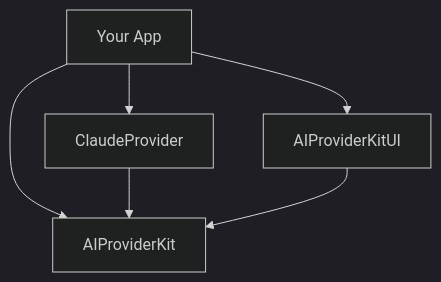
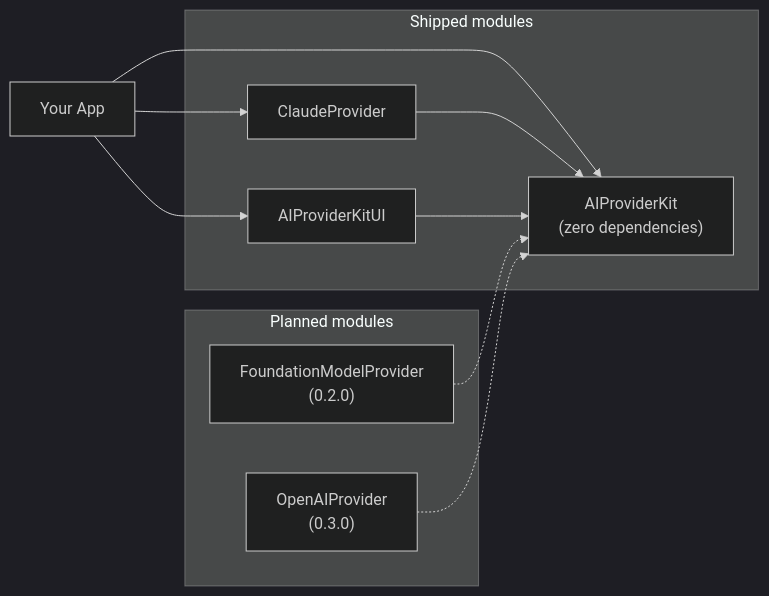
One commit to molayab/swift-ai-provider-kit changed the first of 7 diagrams in Documentation/Architecture.md. Above: the diagram before and after it, drawn with Mermaid (dark theme). The commit also changed other lines of this file and 7 other files, not shown here.

````diff
--- a/Documentation/Architecture.md
+++ b/Documentation/Architecture.md
@@ -19,13 +34,24 @@
 ```mermaid
-graph TD
+graph LR
     App["Your App"]
-    UI["AIProviderKitUI"]
-    Core["AIProviderKit"]
-    Claude["ClaudeProvider"]
 
-    App --> Core
+    subgraph shipped["Shipped modules"]
+        Core["AIProviderKit\n(zero dependencies)"]
+        Claude["ClaudeProvider"]
+        UI["AIProviderKitUI"]
+    end
+
+    subgraph planned["Planned modules"]
+        FM["FoundationModelProvider\n(0.2.0)"]
+        OpenAI["OpenAIProvider\n(0.3.0)"]
+    end
+
     App --> Claude
     App --> UI
+    App --> Core
+
     Claude --> Core
     UI --> Core
+    FM -.-> Core
+    OpenAI -.-> Core
 ```
````
